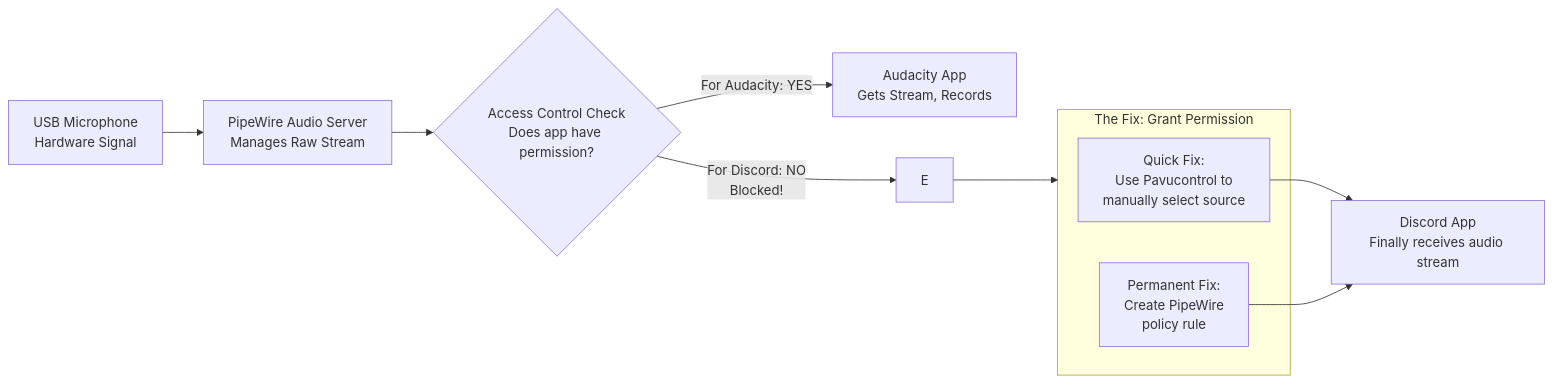
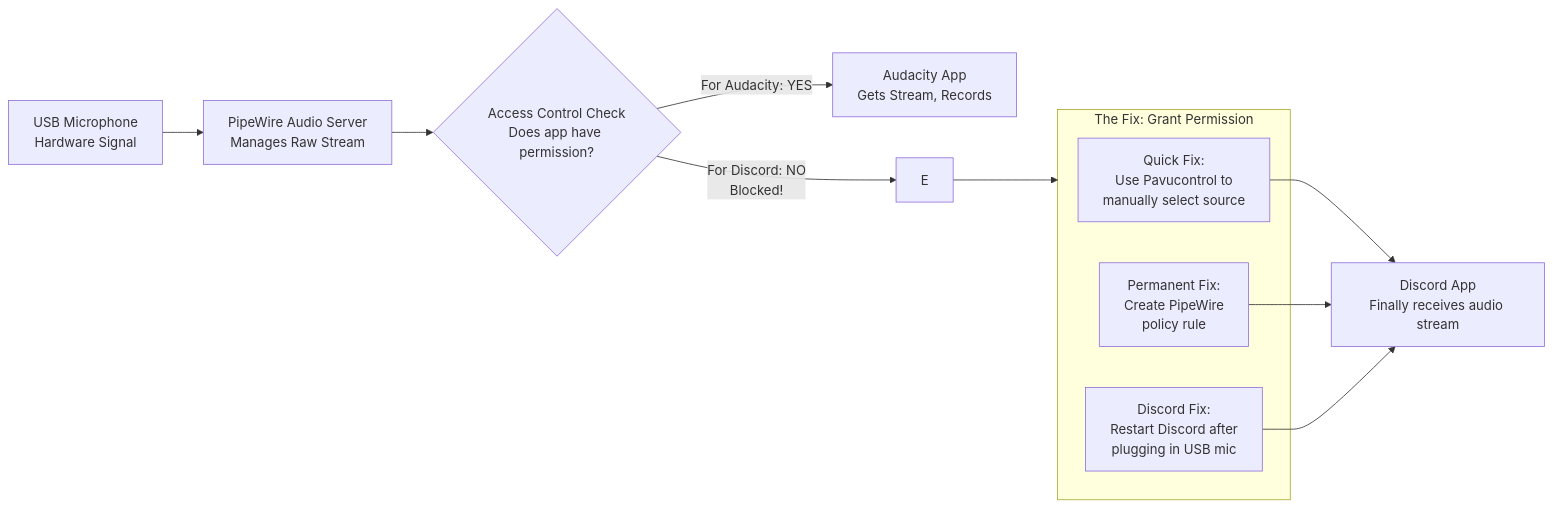
Before and after one commit to htghuzaifa2/huzi.pk-web-v2: the diagram in src/data/blogs/posts/tech/usb-mic-audacity-vs-discord-linux-fix.md, drawn with Mermaid. The commit also changed other lines of this file and 488 other files, not shown here.

````diff
--- a/src/data/blogs/posts/tech/usb-mic-audacity-vs-discord-linux-fix.md
+++ b/src/data/blogs/posts/tech/usb-mic-audacity-vs-discord-linux-fix.md
@@ -35,17 +100,19 @@
 ```mermaid
 flowchart LR
     A[USB Microphone<br>Hardware Signal] --> B[PipeWire Audio Server<br>Manages Raw Stream]
     B --> C{Access Control Check<br>Does app have permission?}
     
     C -- For Audacity: YES --> D[Audacity App<br>Gets Stream, Records]
     C -- For Discord: NO<br>Blocked! --> E
     
     subgraph F[The Fix: Grant Permission]
         G1[Quick Fix:<br>Use Pavucontrol to<br>manually select source]
         G2[Permanent Fix:<br>Create PipeWire<br>policy rule]
+        G3[Discord Fix:<br>Restart Discord after<br>plugging in USB mic]
     end
     
     E --> F
     G1 --> H[Discord App<br>Finally receives audio stream]
     G2 --> H
+    G3 --> H
 ```
````
